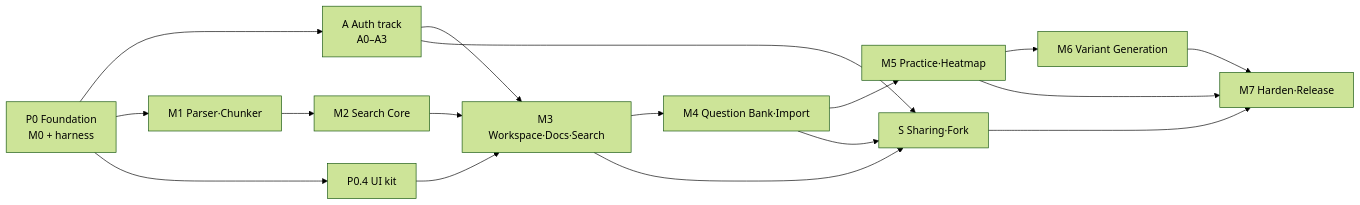
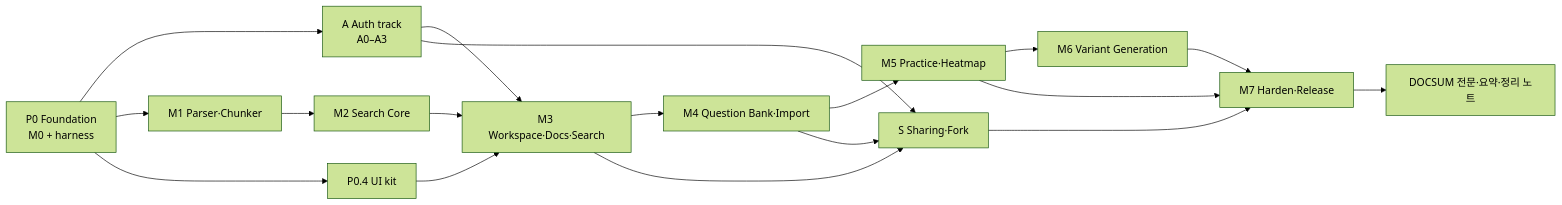
Before and after one commit to peacecheejecake/quiz-workspace: the first of 2 diagrams in docs/implementation-plan.md, drawn with Mermaid (forest theme). The commit also changed other lines of this file and 16 other files, not shown here.

````diff
--- a/docs/implementation-plan.md
+++ b/docs/implementation-plan.md
@@ -26,19 +26,20 @@
 ```mermaid
 flowchart LR
   P0[P0 Foundation<br/>M0 + harness] --> A[A Auth track<br/>A0–A3]
   P0 --> M1[M1 Parser·Chunker]
   P0 --> UI[P0.4 UI kit]
   M1 --> M2[M2 Search Core]
   A --> M3[M3 Workspace·Docs·Search]
   M2 --> M3
   UI --> M3
   M3 --> M4[M4 Question Bank·Import]
   M4 --> M5[M5 Practice·Heatmap]
   M5 --> M6[M6 Variant Generation]
   M3 --> S[S Sharing·Fork]
   M4 --> S
   A --> S
   M5 --> M7[M7 Harden·Release]
   M6 --> M7
   S --> M7
+  M7 --> DS[DOCSUM 전문·요약·정리 노트]
 ```
````
